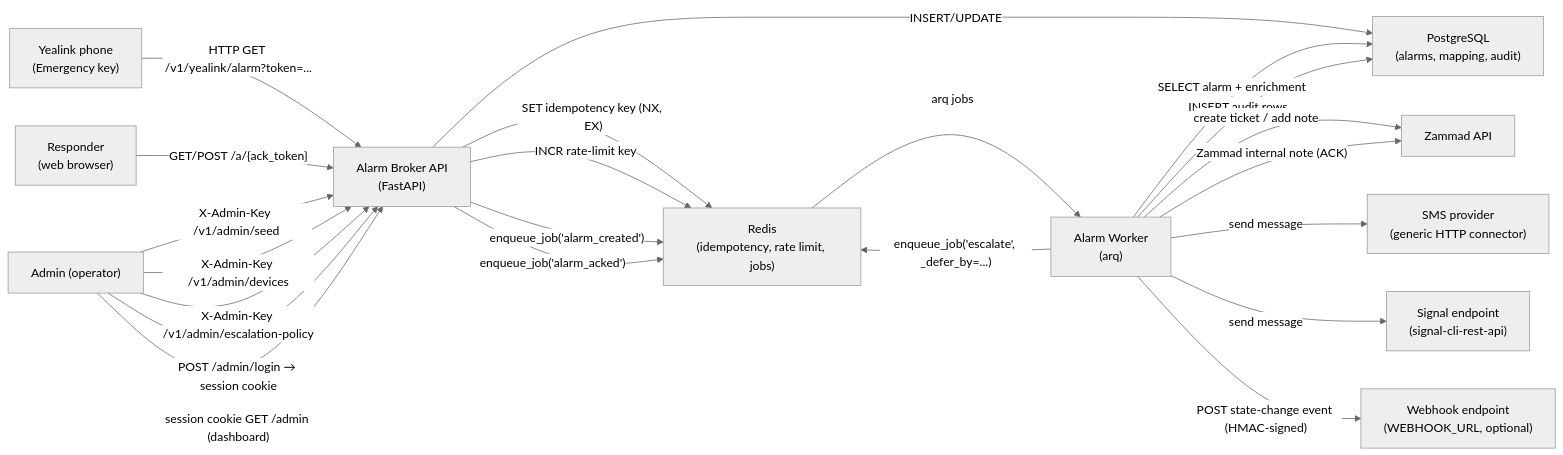
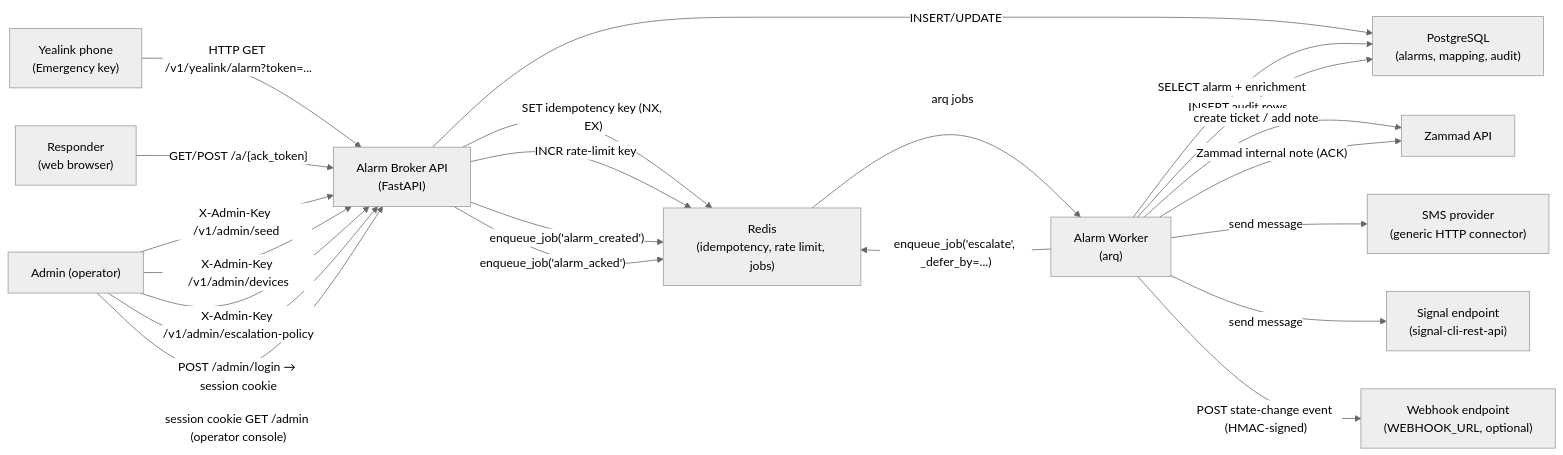
One commit to sebastianspicker/alarm-broker changed the first of 5 diagrams in README.md. Above: the diagram before and after it, drawn with Mermaid (neutral theme). The commit also changed other lines of this file and 63 other files, not shown here.

Commit message:
feat: harden bilingual admin console

````diff
--- a/README.md
+++ b/README.md
@@ -27,35 +27,35 @@
 ```mermaid
 flowchart LR
   %% External trigger/source
   Y["Yealink phone<br/>(Emergency key)"] -->|"HTTP GET /v1/yealink/alarm?token=..."| API["Alarm Broker API<br/>(FastAPI)"]
 
   %% Core state & job infrastructure
   API -->|"INSERT/UPDATE"| PG["PostgreSQL<br/>(alarms, mapping, audit)"]
   API -->|"SET idempotency key (NX, EX)"| R["Redis<br/>(idempotency, rate limit, jobs)"]
   API -->|"INCR rate-limit key"| R
   API -->|"enqueue_job('alarm_created')"| R
 
   %% Worker fan-out & escalation
   R -->|"arq jobs"| W["Alarm Worker<br/>(arq)"]
   W -->|"SELECT alarm + enrichment"| PG
   W -->|"INSERT audit rows"| PG
   W -->|"enqueue_job('escalate', _defer_by=...)"| R
 
   %% Downstream connectors (best effort)
   W -->|"create ticket / add note"| Z["Zammad API"]
   W -->|"send message"| SMS["SMS provider<br/>(generic HTTP connector)"]
   W -->|"send message"| SIG["Signal endpoint<br/>(signal-cli-rest-api)"]
   W -->|"POST state-change event (HMAC-signed)"| WH["Webhook endpoint<br/>(WEBHOOK_URL, optional)"]
 
   %% Responder acknowledgement flow
   RESP["Responder<br/>(web browser)"] -->|"GET/POST /a/{ack_token}"| API
   API -->|"enqueue_job('alarm_acked')"| R
   W -->|"Zammad internal note (ACK)"| Z
 
-  %% Admin flow (seeding/mapping + dashboard)
+  %% Admin flow (seeding/mapping + operator console)
   ADMIN["Admin (operator)"] -->|"X-Admin-Key /v1/admin/seed"| API
   ADMIN -->|"X-Admin-Key /v1/admin/devices"| API
   ADMIN -->|"X-Admin-Key /v1/admin/escalation-policy"| API
   ADMIN -->|"POST /admin/login → session cookie"| API
-  ADMIN -->|"session cookie GET /admin (dashboard)"| API
+  ADMIN -->|"session cookie GET /admin (operator console)"| API
 ```
````
